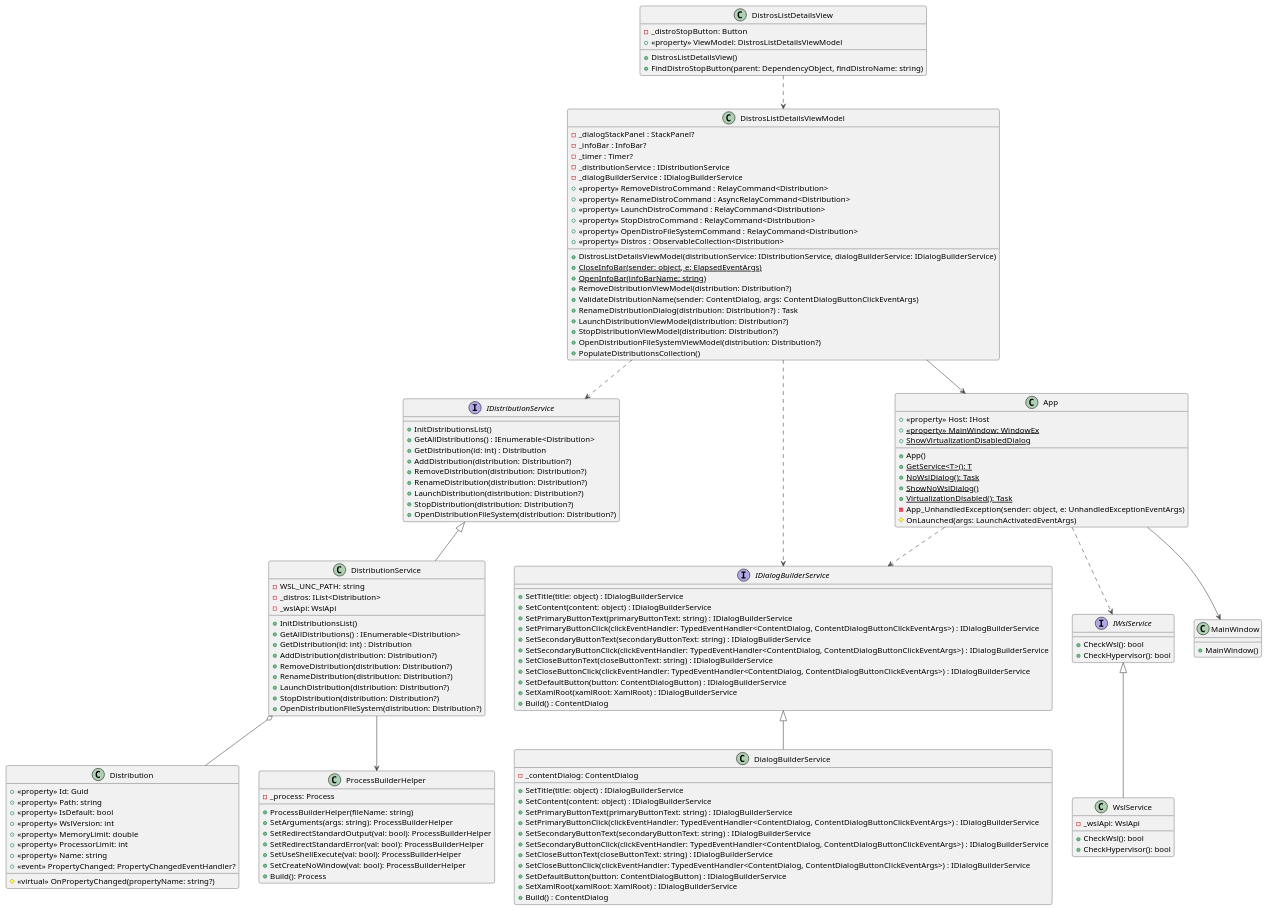
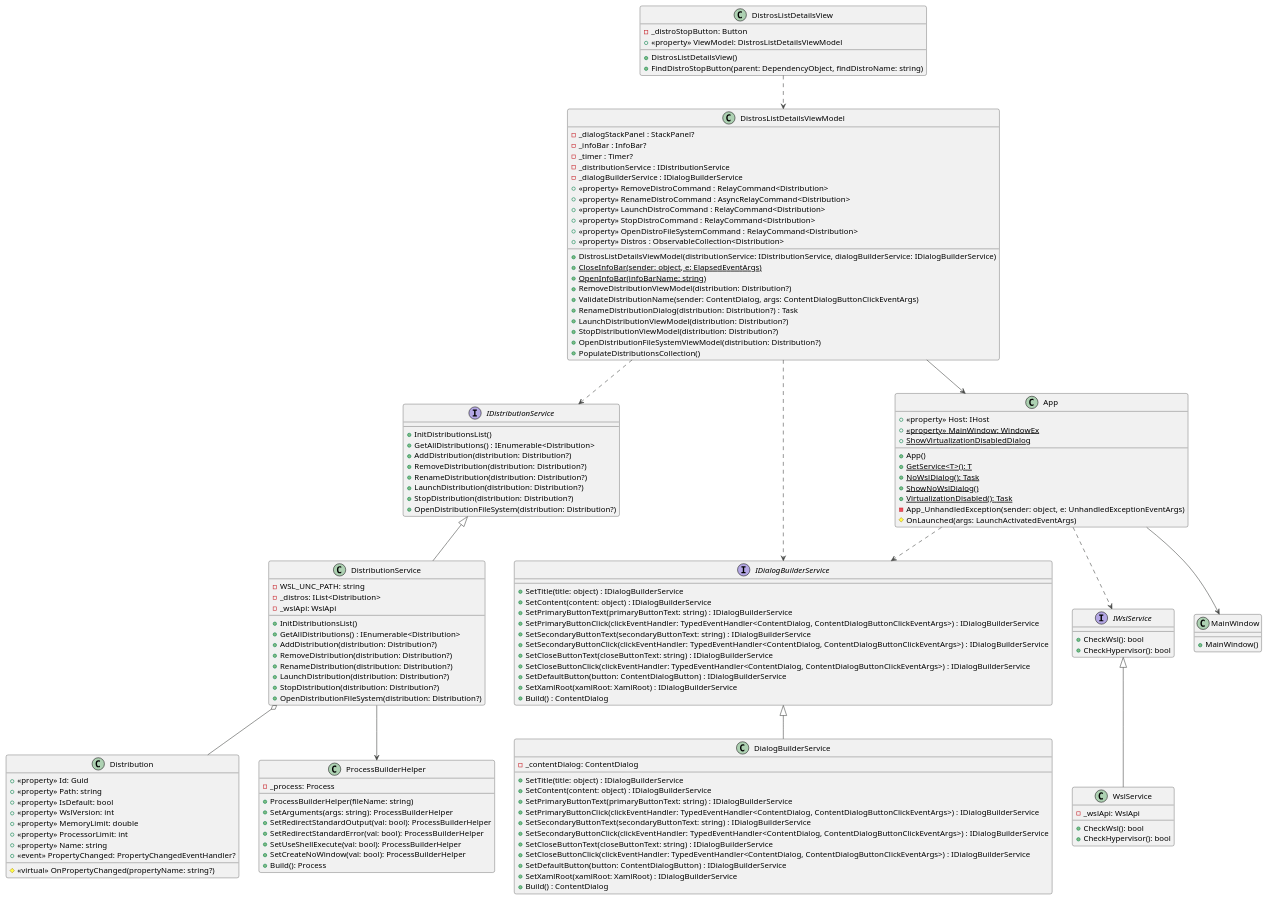
One commit to NathanQuellec/WSL-Studio changed the diagram in WSLStudio/wslstudio_class_diagram.puml. Above: the diagram before and after it, drawn with PlantUML. The commit also changed 8 other files, not shown here.

```diff
--- a/WSLStudio/wslstudio_class_diagram.puml
+++ b/WSLStudio/wslstudio_class_diagram.puml
@@ -1,170 +1,168 @@
 @startuml
 'https://plantuml.com/class-diagram
 
 !theme vibrant
 IDistributionService <|-- DistributionService
 IDialogBuilderService <|-- DialogBuilderService
 IWslService <|-- WslService
 DistributionService o-- Distribution
 DistributionService --> ProcessBuilderHelper
 DistrosListDetailsViewModel ..> IDialogBuilderService
 DistrosListDetailsViewModel ..> IDistributionService
 DistrosListDetailsView ..> DistrosListDetailsViewModel
 DistrosListDetailsViewModel --> App
 App ..> IWslService
 App ..> IDialogBuilderService
 App --> MainWindow
 class Distribution
 {
     + <<property>> Id: Guid
     + <<property>> Path: string
     + <<property>> IsDefault: bool
     + <<property>> WslVersion: int
     + <<property>> MemoryLimit: double
     + <<property>> ProcessorLimit: int
     + <<property>> Name: string
     + <<event>> PropertyChanged: PropertyChangedEventHandler?
     # <<virtual>> OnPropertyChanged(propertyName: string?)
 }
 
 class ProcessBuilderHelper
 {
     - _process: Process
     + ProcessBuilderHelper(fileName: string)
     + SetArguments(args: string): ProcessBuilderHelper
     + SetRedirectStandardOutput(val: bool): ProcessBuilderHelper
     + SetRedirectStandardError(val: bool): ProcessBuilderHelper
     + SetUseShellExecute(val: bool): ProcessBuilderHelper
     + SetCreateNoWindow(val: bool): ProcessBuilderHelper
     + Build(): Process
 }
 
 
 interface IDistributionService 
 {
 	+ InitDistributionsList()
 	+ GetAllDistributions() : IEnumerable<Distribution>
-	+ GetDistribution(id: int) : Distribution
 	+ AddDistribution(distribution: Distribution?)
 	+ RemoveDistribution(distribution: Distribution?)
 	+ RenameDistribution(distribution: Distribution?)
 	+ LaunchDistribution(distribution: Distribution?)
 	+ StopDistribution(distribution: Distribution?)
 	+ OpenDistributionFileSystem(distribution: Distribution?)
 }
 
 class DistributionService 
 {
 	- WSL_UNC_PATH: string
 	- _distros: IList<Distribution>
 	- _wslApi: WslApi
 	+ InitDistributionsList()
 	+ GetAllDistributions() : IEnumerable<Distribution>
-	+ GetDistribution(id: int) : Distribution
 	+ AddDistribution(distribution: Distribution?)
 	+ RemoveDistribution(distribution: Distribution?)
 	+ RenameDistribution(distribution: Distribution?)
 	+ LaunchDistribution(distribution: Distribution?)
 	+ StopDistribution(distribution: Distribution?)
 	+ OpenDistributionFileSystem(distribution: Distribution?)
 }
 
 interface IWslService
 {
 	+ CheckWsl(): bool
 	+ CheckHypervisor(): bool
 }
 
 class WslService
 {
 	- _wslApi: WslApi
 	+ CheckWsl(): bool
 	+ CheckHypervisor(): bool
 }
 
 interface IDialogBuilderService 
 {
   + SetTitle(title: object) : IDialogBuilderService
   + SetContent(content: object) : IDialogBuilderService
   + SetPrimaryButtonText(primaryButtonText: string) : IDialogBuilderService
   + SetPrimaryButtonClick(clickEventHandler: TypedEventHandler<ContentDialog, ContentDialogButtonClickEventArgs>) : IDialogBuilderService
   + SetSecondaryButtonText(secondaryButtonText: string) : IDialogBuilderService
   + SetSecondaryButtonClick(clickEventHandler: TypedEventHandler<ContentDialog, ContentDialogButtonClickEventArgs>) : IDialogBuilderService
   + SetCloseButtonText(closeButtonText: string) : IDialogBuilderService
   + SetCloseButtonClick(clickEventHandler: TypedEventHandler<ContentDialog, ContentDialogButtonClickEventArgs>) : IDialogBuilderService
   + SetDefaultButton(button: ContentDialogButton) : IDialogBuilderService
   + SetXamlRoot(xamlRoot: XamlRoot) : IDialogBuilderService
   + Build() : ContentDialog
 }
 
 class DialogBuilderService 
 {
   - _contentDialog: ContentDialog
   + SetTitle(title: object) : IDialogBuilderService
   + SetContent(content: object) : IDialogBuilderService
   + SetPrimaryButtonText(primaryButtonText: string) : IDialogBuilderService
   + SetPrimaryButtonClick(clickEventHandler: TypedEventHandler<ContentDialog, ContentDialogButtonClickEventArgs>) : IDialogBuilderService
   + SetSecondaryButtonText(secondaryButtonText: string) : IDialogBuilderService
   + SetSecondaryButtonClick(clickEventHandler: TypedEventHandler<ContentDialog, ContentDialogButtonClickEventArgs>) : IDialogBuilderService
   + SetCloseButtonText(closeButtonText: string) : IDialogBuilderService
   + SetCloseButtonClick(clickEventHandler: TypedEventHandler<ContentDialog, ContentDialogButtonClickEventArgs>) : IDialogBuilderService
   + SetDefaultButton(button: ContentDialogButton) : IDialogBuilderService
   + SetXamlRoot(xamlRoot: XamlRoot) : IDialogBuilderService
   + Build() : ContentDialog
 }
 
 class DistrosListDetailsViewModel 
 {
   - _dialogStackPanel : StackPanel?
   - _infoBar : InfoBar?
   - _timer : Timer?
   - _distributionService : IDistributionService
   - _dialogBuilderService : IDialogBuilderService
   + <<property>> RemoveDistroCommand : RelayCommand<Distribution>
   + <<property>> RenameDistroCommand : AsyncRelayCommand<Distribution>
   + <<property>> LaunchDistroCommand : RelayCommand<Distribution>
   + <<property>> StopDistroCommand : RelayCommand<Distribution>
   + <<property>> OpenDistroFileSystemCommand : RelayCommand<Distribution>
   + <<property>> Distros : ObservableCollection<Distribution>
   
   + DistrosListDetailsViewModel(distributionService: IDistributionService, dialogBuilderService: IDialogBuilderService)
   + {static} CloseInfoBar(sender: object, e: ElapsedEventArgs)
   + {static} OpenInfoBar(infoBarName: string)
   + RemoveDistributionViewModel(distribution: Distribution?)
   + ValidateDistributionName(sender: ContentDialog, args: ContentDialogButtonClickEventArgs)
   + RenameDistributionDialog(distribution: Distribution?) : Task
   + LaunchDistributionViewModel(distribution: Distribution?)
   + StopDistributionViewModel(distribution: Distribution?)
   + OpenDistributionFileSystemViewModel(distribution: Distribution?)
   + PopulateDistributionsCollection()
 }
 
 class DistrosListDetailsView
 {
     - _distroStopButton: Button
     + <<property>> ViewModel: DistrosListDetailsViewModel
     + DistrosListDetailsView()
     + FindDistroStopButton(parent: DependencyObject, findDistroName: string)
 
 }
 
 class App
 {
     + <<property>> Host: IHost
     + {static} <<property>> MainWindow: WindowEx
     + App()
     + {static} GetService<T>(): T
     + {static} NoWslDialog(): Task
     + {static} ShowNoWslDialog()
     + {static} VirtualizationDisabled(): Task
     + {static} ShowVirtualizationDisabledDialog
     - App_UnhandledException(sender: object, e: UnhandledExceptionEventArgs)
     # OnLaunched(args: LaunchActivatedEventArgs)
 }
 
 class MainWindow
 {
     + MainWindow()
 }
 
 @enduml
```
